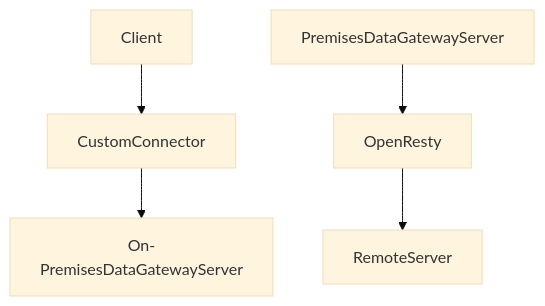
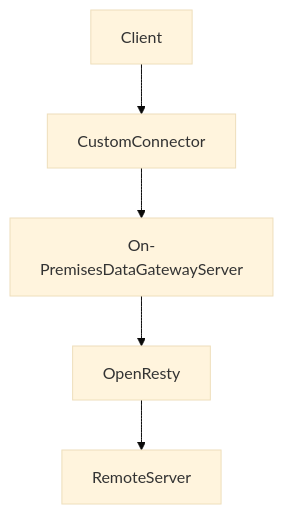
Before and after one commit to jianxu42/log-http-headers-example: the diagram in README.md, drawn with Mermaid (base theme).

````diff
--- a/README.md
+++ b/README.md
@@ -16,7 +16,7 @@
 ```mermaid
 graph TD;
     Client-->CustomConnector;
     CustomConnector-->On-PremisesDataGatewayServer;
-    PremisesDataGatewayServer-->OpenResty;
+    On-PremisesDataGatewayServer-->OpenResty;
     OpenResty-->RemoteServer;
 ```
````
